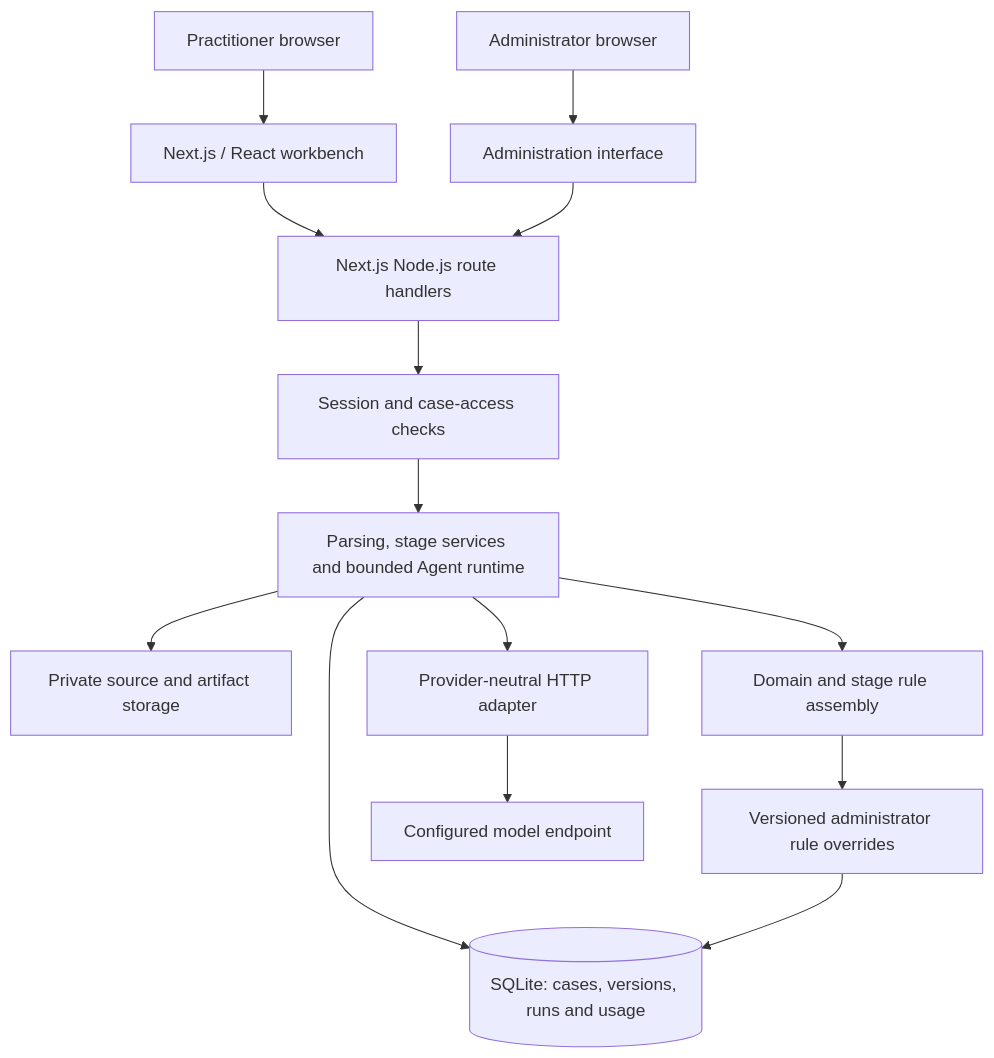
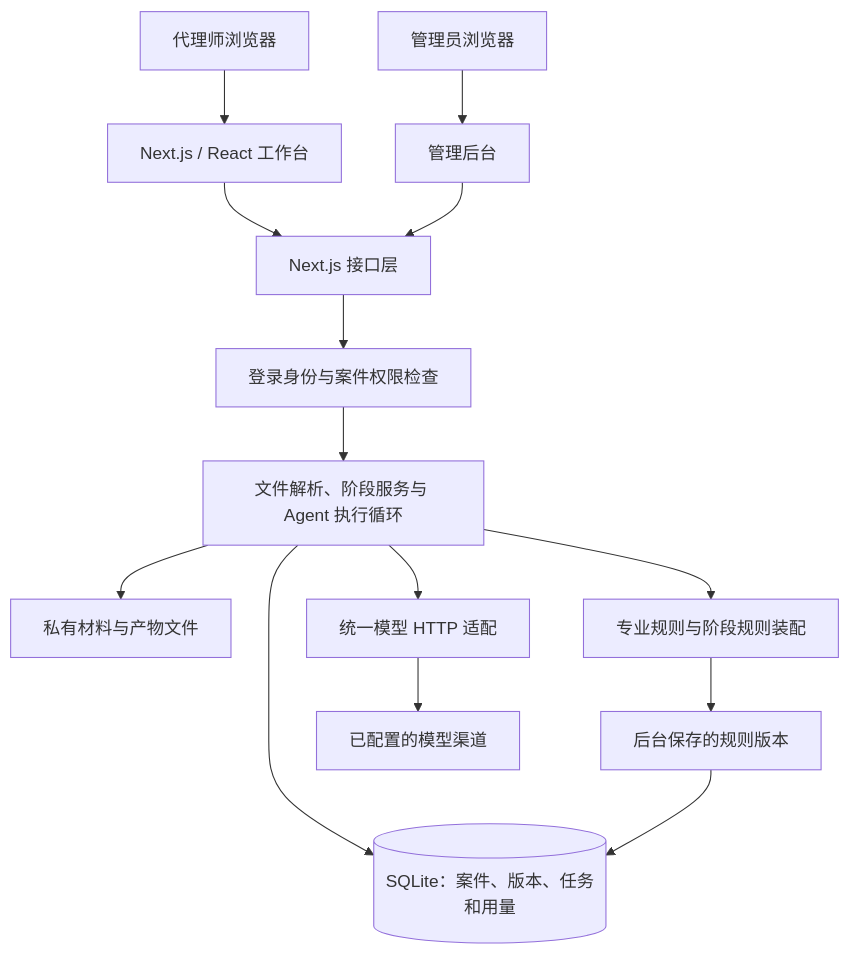
One commit to orphanwarrior/028-ttc-showcase changed the first of 3 diagrams in docs/TECHNICAL_ARCHITECTURE.md. Above: the diagram before and after it, drawn with Mermaid. The commit also changed other lines of this file and 7 other files, not shown here.

Commit message:
把项目介绍、使用说明和架构图改为中文

````diff
--- a/docs/TECHNICAL_ARCHITECTURE.md
+++ b/docs/TECHNICAL_ARCHITECTURE.md
@@ -7,16 +9,16 @@
 ```mermaid
 flowchart TB
-  U["Practitioner browser"] --> UI["Next.js / React workbench"]
-  A["Administrator browser"] --> ADMIN["Administration interface"]
-  UI --> API["Next.js Node.js route handlers"]
+  U["代理师浏览器"] --> UI["Next.js / React 工作台"]
+  A["管理员浏览器"] --> ADMIN["管理后台"]
+  UI --> API["Next.js 接口层"]
   ADMIN --> API
-  API --> AUTH["Session and case-access checks"]
-  AUTH --> SERVICES["Parsing, stage services and bounded Agent runtime"]
-  SERVICES --> DB[("SQLite: cases, versions, runs and usage")]
-  SERVICES --> FILES["Private source and artifact storage"]
-  SERVICES --> RULES["Domain and stage rule assembly"]
-  RULES --> OVERRIDES["Versioned administrator rule overrides"]
+  API --> AUTH["登录身份与案件权限检查"]
+  AUTH --> SERVICES["文件解析、阶段服务与 Agent 执行循环"]
+  SERVICES --> DB[("SQLite：案件、版本、任务和用量")]
+  SERVICES --> FILES["私有材料与产物文件"]
+  SERVICES --> RULES["专业规则与阶段规则装配"]
+  RULES --> OVERRIDES["后台保存的规则版本"]
   OVERRIDES --> DB
-  SERVICES --> PROVIDER["Provider-neutral HTTP adapter"]
-  PROVIDER --> MODEL["Configured model endpoint"]
+  SERVICES --> PROVIDER["统一模型 HTTP 适配"]
+  PROVIDER --> MODEL["已配置的模型渠道"]
 ```
````
